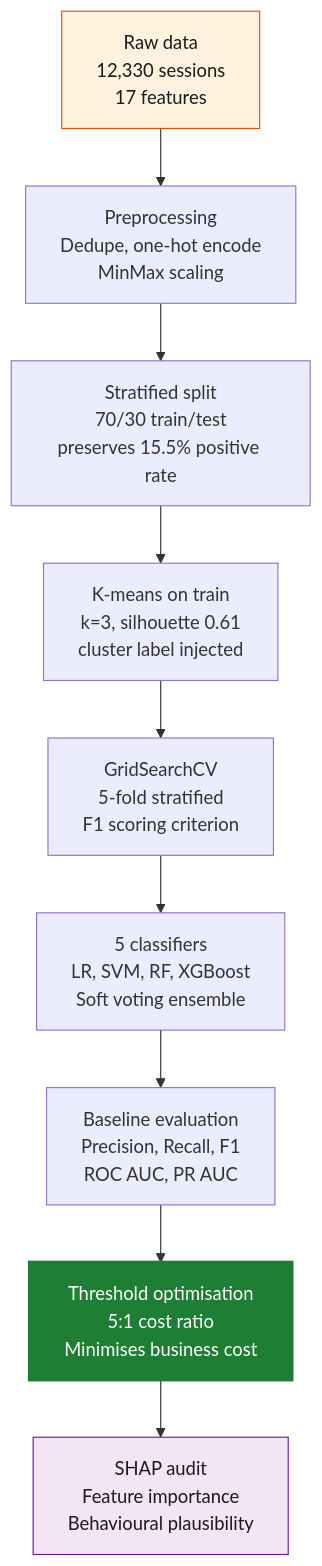
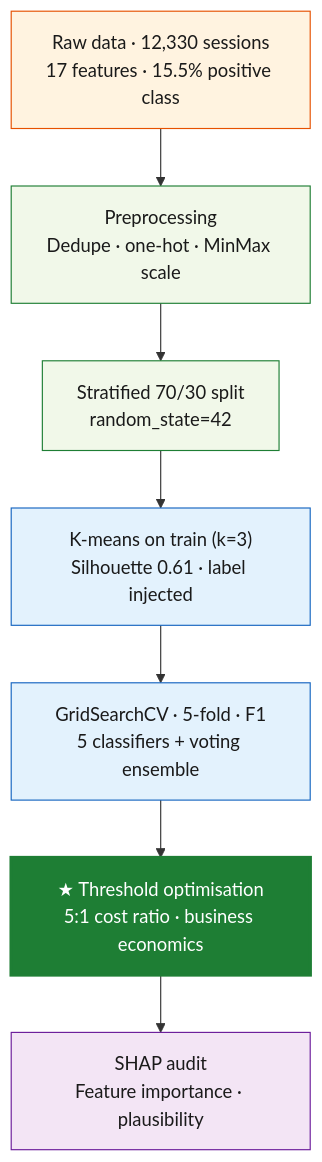
One commit to alekslupa/alekslupa.github.io changed the diagram in academic-projects/ml-python.qmd. Above: the diagram before and after it, drawn with Mermaid. The commit also changed other lines of this file and 1 other file, not shown here.

Commit message:
Compact fig 6 pipeline — 7 nodes, dot separators, blue K-means/GridSearch, constrained width

````diff
--- a/academic-projects/ml-python.qmd
+++ b/academic-projects/ml-python.qmd
@@ -423,18 +424,20 @@
 ```{mermaid}
 %%| label: fig-pipeline
-%%| fig-cap: "End-to-end analytical pipeline. Business economics enter at the threshold optimisation stage rather than the training stage, keeping the classifier training decoupled from operational parameters that may change over time."
+%%| fig-cap: "End-to-end analytical pipeline."
 %%{init: {'securityLevel': 'loose'}}%%
 flowchart TB
-    A[Raw data<br/>12,330 sessions<br/>17 features] --> B[Preprocessing<br/>Dedupe, one-hot encode<br/>MinMax scaling]
-    B --> C[Stratified split<br/>70/30 train/test<br/>preserves 15.5% positive rate]
-    C --> D[K-means on train<br/>k=3, silhouette 0.61<br/>cluster label injected]
-    D --> E[GridSearchCV<br/>5-fold stratified<br/>F1 scoring criterion]
-    E --> F[5 classifiers<br/>LR, SVM, RF, XGBoost<br/>Soft voting ensemble]
-    F --> G[Baseline evaluation<br/>Precision, Recall, F1<br/>ROC AUC, PR AUC]
-    G --> H[Threshold optimisation<br/>5:1 cost ratio<br/>Minimises business cost]
-    H --> I[SHAP audit<br/>Feature importance<br/>Behavioural plausibility]
+    A["Raw data · 12,330 sessions<br/>17 features · 15.5% positive class"] --> B["Preprocessing<br/>Dedupe · one-hot · MinMax scale"]
+    B --> C["Stratified 70/30 split<br/>random_state=42"]
+    C --> D["K-means on train (k=3)<br/>Silhouette 0.61 · label injected"]
+    D --> E["GridSearchCV · 5-fold · F1<br/>5 classifiers + voting ensemble"]
+    E --> H["★ Threshold optimisation<br/>5:1 cost ratio · business economics"]
+    H --> I["SHAP audit<br/>Feature importance · plausibility"]
 
     style A fill:#fff3e0,stroke:#e65100,color:#1a1a1a
+    style B fill:#f1f8e9,stroke:#1e7e34,color:#1a1a1a
+    style C fill:#f1f8e9,stroke:#1e7e34,color:#1a1a1a
+    style D fill:#e3f2fd,stroke:#1565c0,color:#1a1a1a
+    style E fill:#e3f2fd,stroke:#1565c0,color:#1a1a1a
     style H fill:#1e7e34,stroke:#1e7e34,color:#fff,stroke-width:3px
     style I fill:#f3e5f5,stroke:#6a1b9a,color:#1a1a1a
 ```
````
